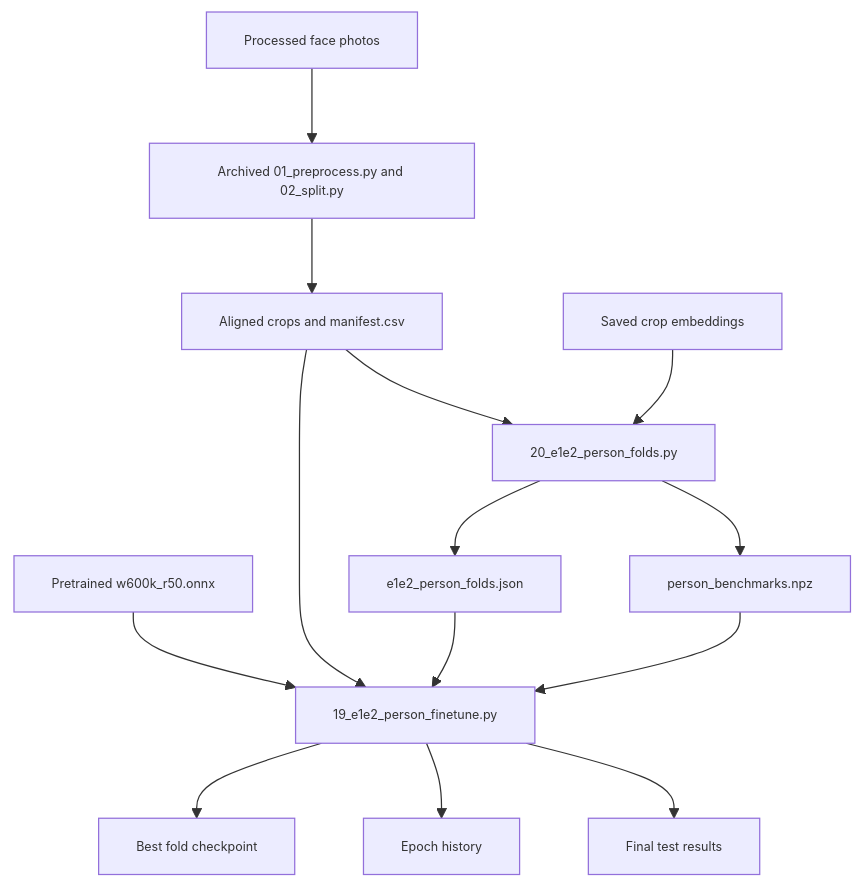
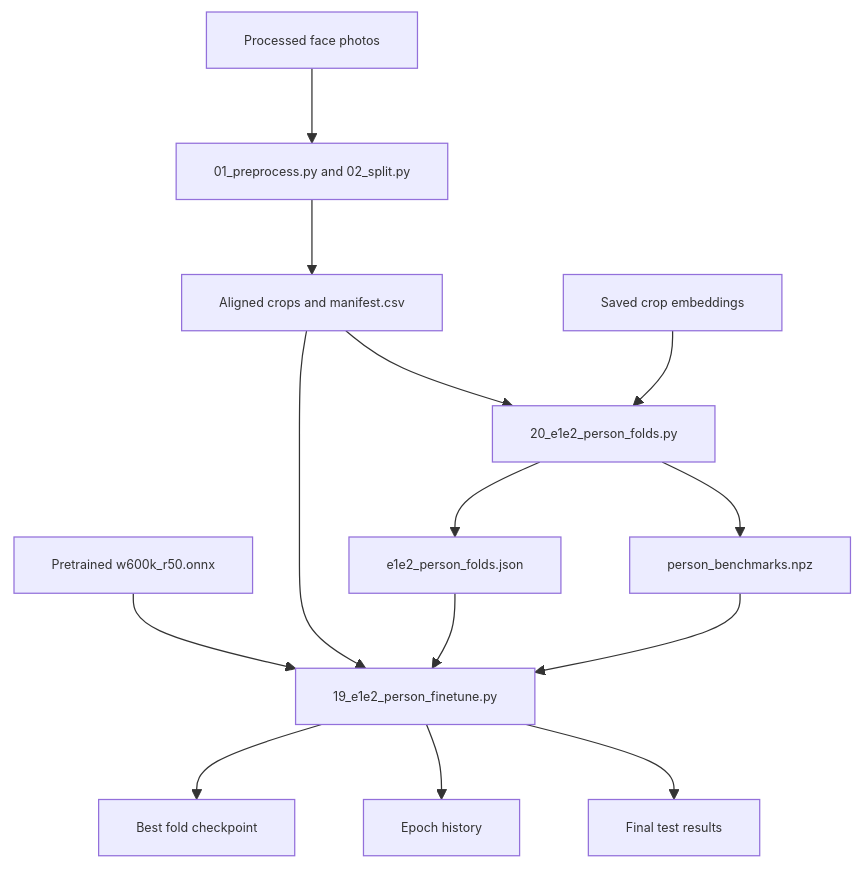
One commit to MishtiAloo/ML-train changed the first of 3 diagrams in latest/docs/02_training.md. Above: the diagram before and after it, drawn with Mermaid. The commit also changed other lines of this file and 6 other files, not shown here.

````diff
--- a/latest/docs/02_training.md
+++ b/latest/docs/02_training.md
@@ -27,18 +27,18 @@
 ```mermaid
 %%{init: {"themeVariables": {"fontSize": "10px"}, "flowchart": {"nodeSpacing": 55, "rankSpacing": 60}}}%%
 flowchart TD
-    A[Processed face photos] --> B[Archived 01_preprocess.py and 02_split.py]
+    A[Processed face photos] --> B[01_preprocess.py and 02_split.py]
     B --> C[Aligned crops and manifest.csv]
     C --> D[20_e1e2_person_folds.py]
     E[Saved crop embeddings] --> D
     D --> F[e1e2_person_folds.json]
     D --> G[person_benchmarks.npz]
 
     H[Pretrained w600k_r50.onnx] --> I[19_e1e2_person_finetune.py]
     C --> I
     F --> I
     G --> I
     I --> J[Best fold checkpoint]
     I --> K[Epoch history]
     I --> L[Final test results]
 ```
````
